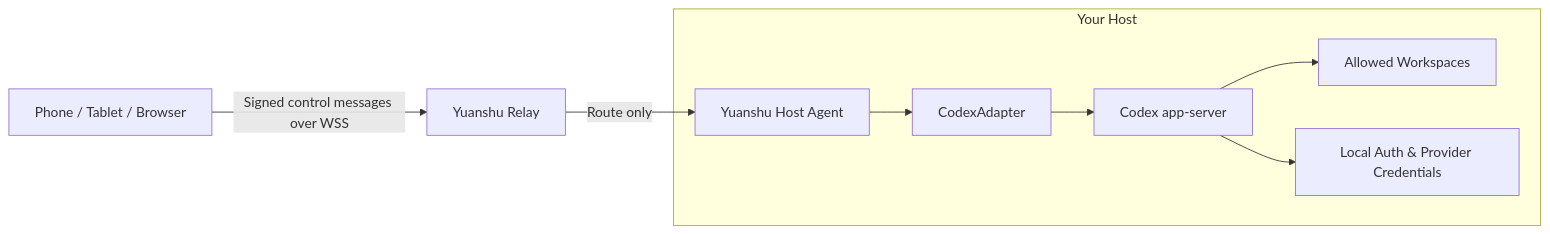
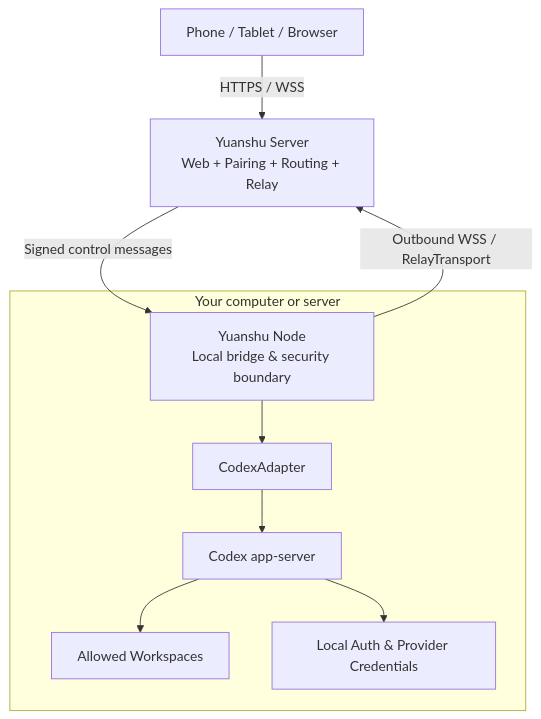
The diagram in README.md (yuanshu-ai/yuanshu), drawn with Mermaid before and after one commit. The commit also changed other lines of this file and 1 other file, not shown here.

Commit message:
docs: align readme with standalone architecture

````diff
--- a/README.md
+++ b/README.md
@@ -46,20 +47,21 @@
 ```mermaid
-flowchart LR
+flowchart TB
     Client["Phone / Tablet / Browser"]
-    Relay["Yuanshu Relay"]
+    Server["Yuanshu Server<br/>Web + Pairing + Routing + Relay"]
 
-    subgraph Host["Your Host"]
-        Agent["Yuanshu Host Agent"]
+    subgraph Machine["Your computer or server"]
+        Node["Yuanshu Node<br/>Local bridge & security boundary"]
         Adapter["CodexAdapter"]
         Codex["Codex app-server"]
         Workspace["Allowed Workspaces"]
         Credentials["Local Auth & Provider Credentials"]
     end
 
-    Client -->|"Signed control messages over WSS"| Relay
-    Relay -->|"Route only"| Agent
-    Agent --> Adapter
+    Client -->|"HTTPS / WSS"| Server
+    Node -->|"Outbound WSS / RelayTransport"| Server
+    Server -->|"Signed control messages"| Node
+    Node --> Adapter
     Adapter --> Codex
     Codex --> Workspace
     Codex --> Credentials
 ```
````
